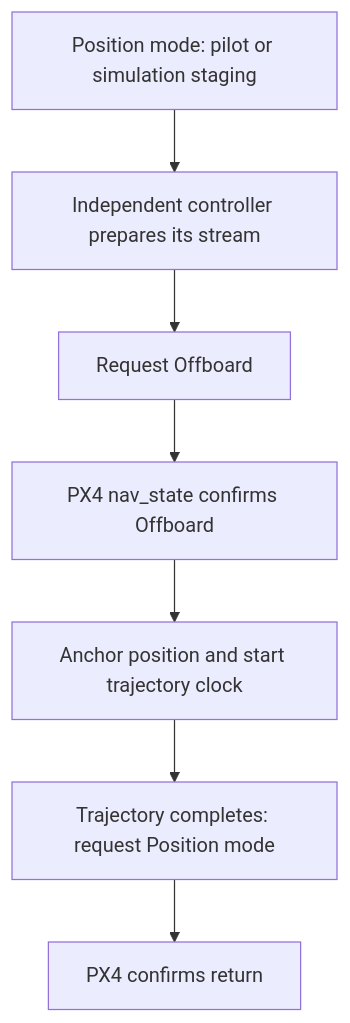
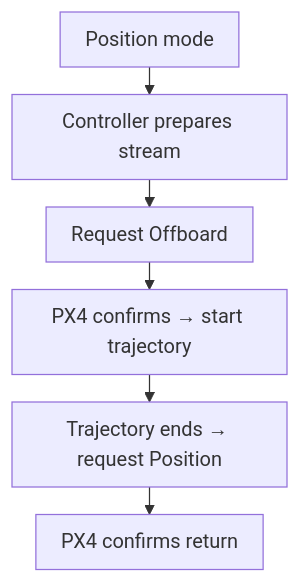
One commit to ANCL/px4-dev-toolkit changed the diagram in docs/controllers/position-mode.md. Above: the diagram before and after it, drawn with Mermaid. The commit also changed 41 other files, not shown here.

Commit message:
docs: refine typography, diagrams, and editorial presentation

````diff
--- a/docs/controllers/position-mode.md
+++ b/docs/controllers/position-mode.md
@@ -33,9 +33,17 @@
 ```mermaid
+---
+config:
+  flowchart:
+    useMaxWidth: false
+    wrappingWidth: 180
+    padding: 10
+    rankSpacing: 22
+    nodeSpacing: 24
+---
 flowchart TB
-    P[Position mode: pilot or simulation staging] --> S[Independent controller prepares its stream]
-    S --> Q[Request Offboard]
-    Q --> C[PX4 nav_state confirms Offboard]
-    C --> T[Anchor position and start trajectory clock]
-    T --> R[Trajectory completes: request Position mode]
-    R --> F[PX4 confirms return]
+    P["Position mode"] --> S["Controller prepares stream"]
+    S --> Q["Request Offboard"]
+    Q --> C["PX4 confirms → start trajectory"]
+    C --> T["Trajectory ends → request Position"]
+    T --> F["PX4 confirms return"]
 ```
````
